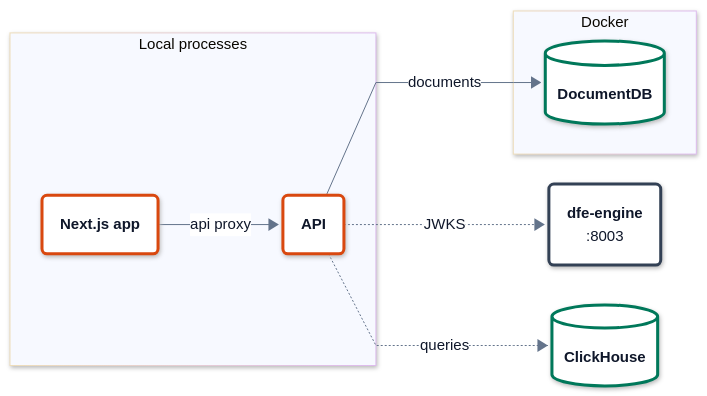
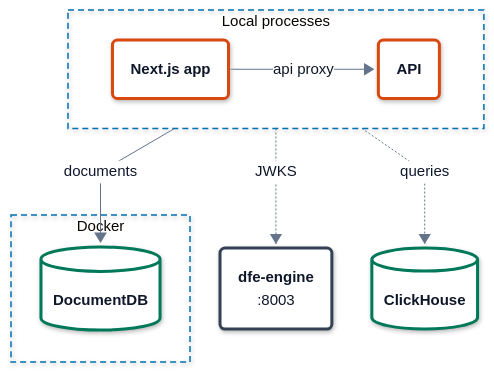
Before and after one commit to hyperi-io/dfe-hyperdx: the diagram in docs/development/getting-started.md, drawn with Mermaid. The commit also changed 15 other files, not shown here.

First line of the commit message:
docs(architecture): add the architecture page and fit every flowchart (#234)

````diff
--- a/docs/development/getting-started.md
+++ b/docs/development/getting-started.md
@@ -36,77 +36,80 @@
 ```mermaid
 ---
 config:
   theme: base
   look: neo
   fontFamily: Inter, -apple-system, Segoe UI, Roboto, Helvetica, Arial, sans-serif
   flowchart:
     curve: linear
     nodeSpacing: 40
     rankSpacing: 64
     padding: 18
     wrappingWidth: 280
     htmlLabels: true
   elk:
     preset: modelOrder
   themeVariables:
     fontSize: 15px
     lineColor: "#64748B"
     primaryTextColor: "#0F172A"
     clusterBorder: "#0072B2"
     edgeLabelBackground: "#FFFFFF"
   themeCSS: >-
     p{margin:0}
     .node[data-look] rect,.node[data-look] path,.node[data-look] polygon,.node[data-look] .outer-path{filter:drop-shadow(0 1px 2px rgba(15,23,42,.10)) drop-shadow(0 6px 14px rgba(15,23,42,.10))}
     .node rect{rx:10px;ry:10px}
     .cluster rect{rx:16px;ry:16px}
     .node .label div{min-width:150px}
     .node.decision .label div{min-width:0}
     .cluster[data-look] rect{filter:none}
     .nodeLabel{line-height:1.35}
     .nodeLabel b{font-weight:600;font-size:15px;letter-spacing:-0.01em}
     .nodeLabel span{font-size:12.5px;font-weight:400;color:#334155}
     .cluster-label span.nodeLabel{display:inline-block;background:#FFFFFF;color:#0B2A3F;border:1.5px solid #0072B2;border-radius:999px;padding:2px 12px;font-size:11.5px;font-weight:700;letter-spacing:.09em;text-transform:uppercase}
     .flowchart-link{stroke-width:1.75px}
     .labelBkg{background:transparent!important}
     span.edgeLabel{display:inline-block;background:#FFFFFF!important;color:#1E293B;border:1px solid #94A3B8;border-radius:999px;padding:2px 10px;font-size:12px;font-weight:500}
     span.edgeLabel p{background:transparent!important}
     .label-icon{width:20px;height:20px;vertical-align:-4px;margin-right:6px}
     .ingest .label-icon{color:#0E8A7D}
     .xform .label-icon{color:#7B4FB0}
     .load .label-icon{color:#0072B2}
     .bus .label-icon{color:#A8517F}
     .store .label-icon{color:#00785A}
     .ui .label-icon{color:#D9480F}
     .ext .label-icon{color:#64748B}
 ---
-flowchart LR
+flowchart TB
   accTitle: L4 Detail -- Local dev with dev:dfe
   accDescr: The Next.js app proxies API calls to the local API. The API keeps documents in DocumentDB running in Docker, fetches the engine's JWKS in oidc-proxy mode, and reads ClickHouse when DEFAULT_CONNECTIONS names one.
   subgraph local["Local processes"]
+    direction LR
     app("<b>Next.js app</b>")
     api("<b>API</b>")
+    app -->|api proxy| api
   end
   subgraph docker["Docker"]
     docdb[("<b>DocumentDB</b>")]
   end
   engine("<b>dfe-engine</b><br/><span>:8003</span>")
   ch[("<b>ClickHouse</b>")]
-  app -->|api proxy| api
   api -->|documents| docdb
   api -.->|JWKS| engine
   api -.->|queries| ch
+  class app,api ui
+  class docdb,ch store
+  class engine control
   classDef ext fill:#F4F6F8,stroke:#94A3B8,stroke-width:1.5px,stroke-dasharray:5 4,color:#0F172A
   classDef ingest fill:#FFFFFF,stroke:#0E8A7D,stroke-width:3px,color:#0F172A
   classDef xform fill:#FFFFFF,stroke:#7B4FB0,stroke-width:3px,color:#0F172A
   classDef load fill:#FFFFFF,stroke:#0072B2,stroke-width:3px,color:#0F172A
   classDef bus fill:#FFFFFF,stroke:#A8517F,stroke-width:3px,color:#0F172A
   classDef store fill:#FFFFFF,stroke:#00785A,stroke-width:3px,color:#0F172A
   classDef ui fill:#FFFFFF,stroke:#D9480F,stroke-width:3px,color:#0F172A
   classDef decision fill:#FFFFFF,stroke:#9A6700,stroke-width:3px,color:#0F172A
   classDef error fill:#FFFFFF,stroke:#C2410C,stroke-width:3px,color:#0F172A
   classDef control fill:#FFFFFF,stroke:#334155,stroke-width:3px,color:#0F172A
   classDef part fill:#FFFFFF,stroke:#94A3B8,stroke-width:1.5px,color:#0F172A
-  class app,api ui
-  class docdb,ch store
-  class engine control
+  style local fill:none,stroke:#0072B2,stroke-width:1.5px,stroke-dasharray:6 4
+  style docker fill:none,stroke:#0072B2,stroke-width:1.5px,stroke-dasharray:6 4
 ```
````
